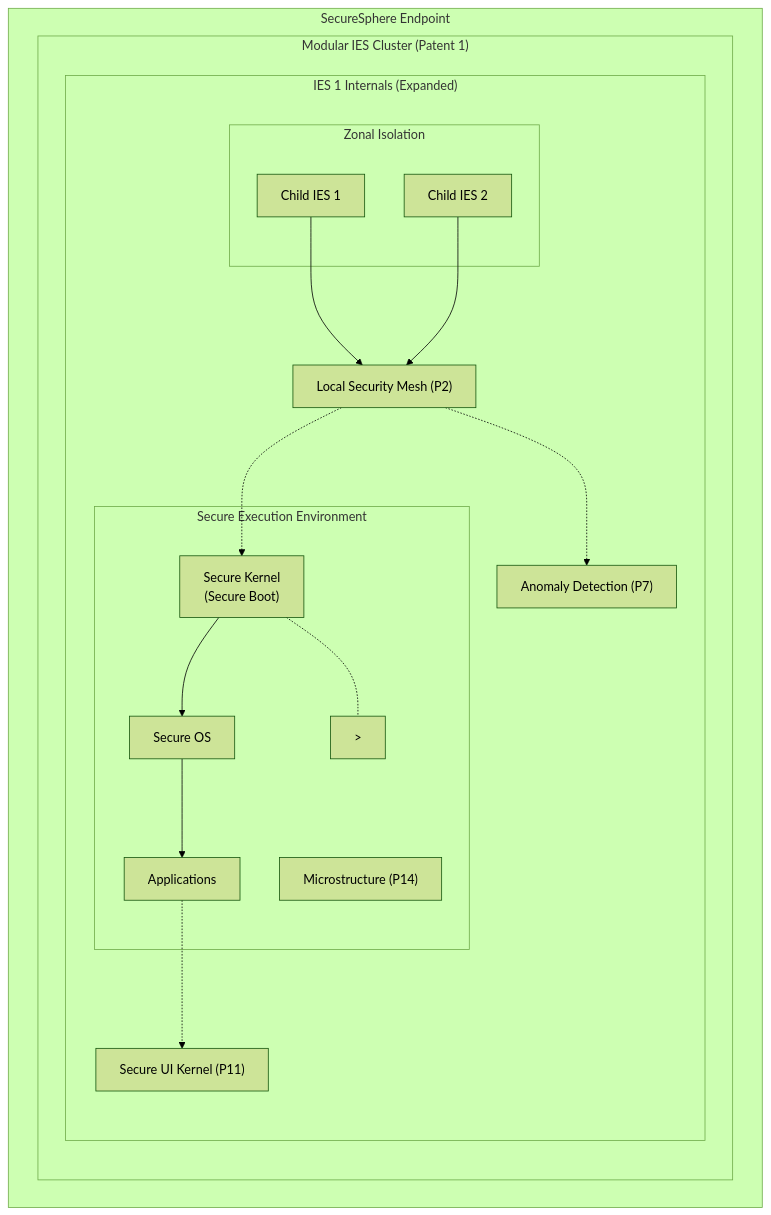
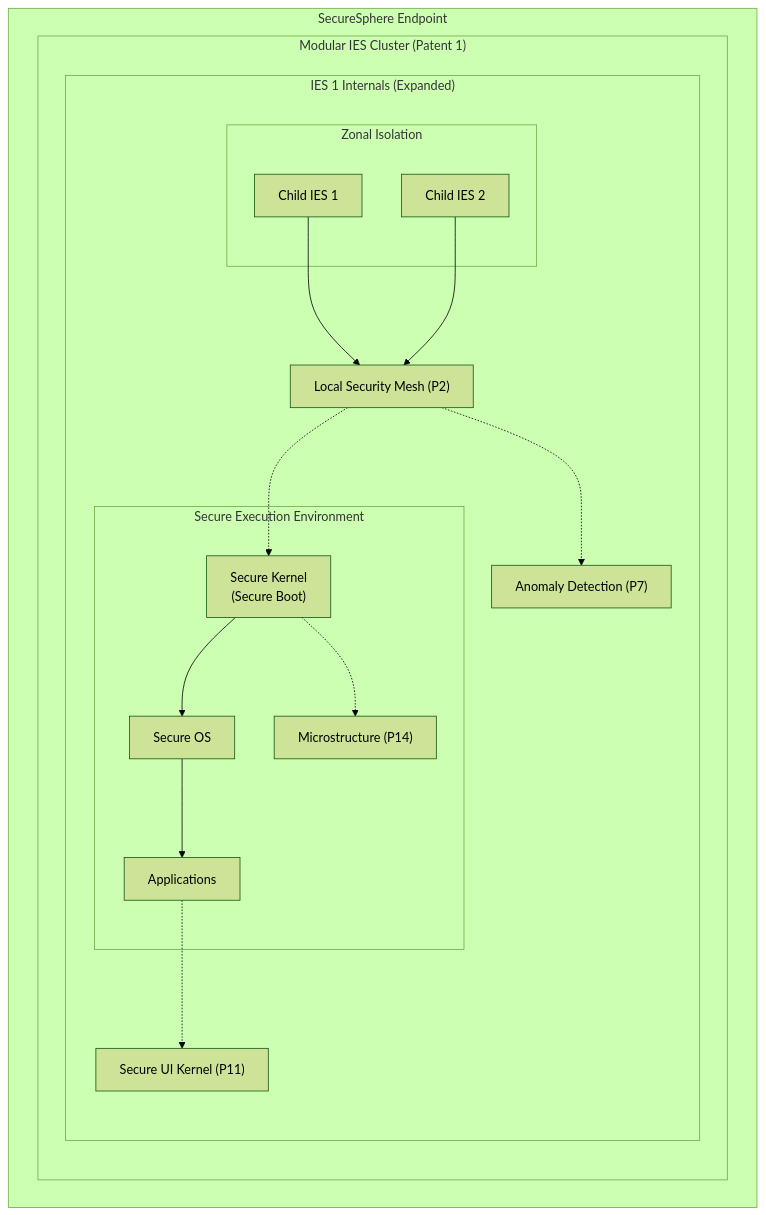
Before and after one commit to nshkrdotcom/ASKA: the sixth of 21 diagrams in 3.md, drawn with Mermaid (forest theme). The commit also changed other lines of this file and 1 other file, not shown here.

````diff
--- a/3.md
+++ b/3.md
@@ -493,27 +493,27 @@
 ```mermaid
 graph TD
     subgraph "SecureSphere Endpoint"
         subgraph "Modular IES Cluster (Patent 1)"
             subgraph "IES 1 Internals (Expanded)"
                 subgraph "Zonal Isolation"
                     ChildIES1["Child IES 1"]
                     ChildIES2["Child IES 2"]
                 end
 
                 subgraph "Secure Execution Environment"
                     Kernel["Secure Kernel<br>(Secure Boot)"]
                     OS["Secure OS"]
                     Kernel --> OS --> Apps["Applications"]
-                    Kernel -.-&gt; Microstructure["Microstructure (P14)"]
+                    Kernel -.-> Microstructure["Microstructure (P14)"]
                 end
                 
                 LSM["Local Security Mesh (P2)"] -.-> AnomalyDetection["Anomaly Detection (P7)"]
                 LSM -.-> Kernel
                 ChildIES1 --> LSM
                 ChildIES2 --> LSM
                 Apps -.-> SecureUIKernel
                 SecureUIKernel["Secure UI Kernel (P11)"]
             end
         end
     end
 ```
````
